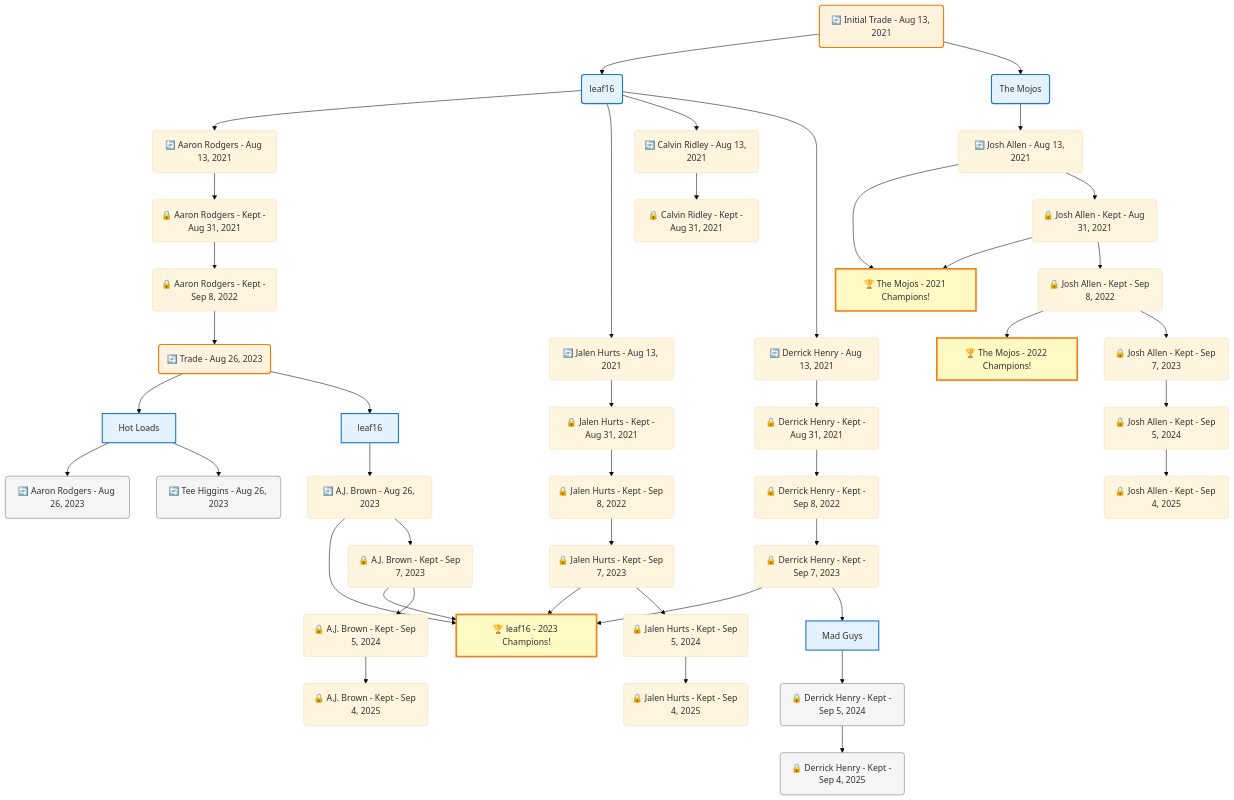
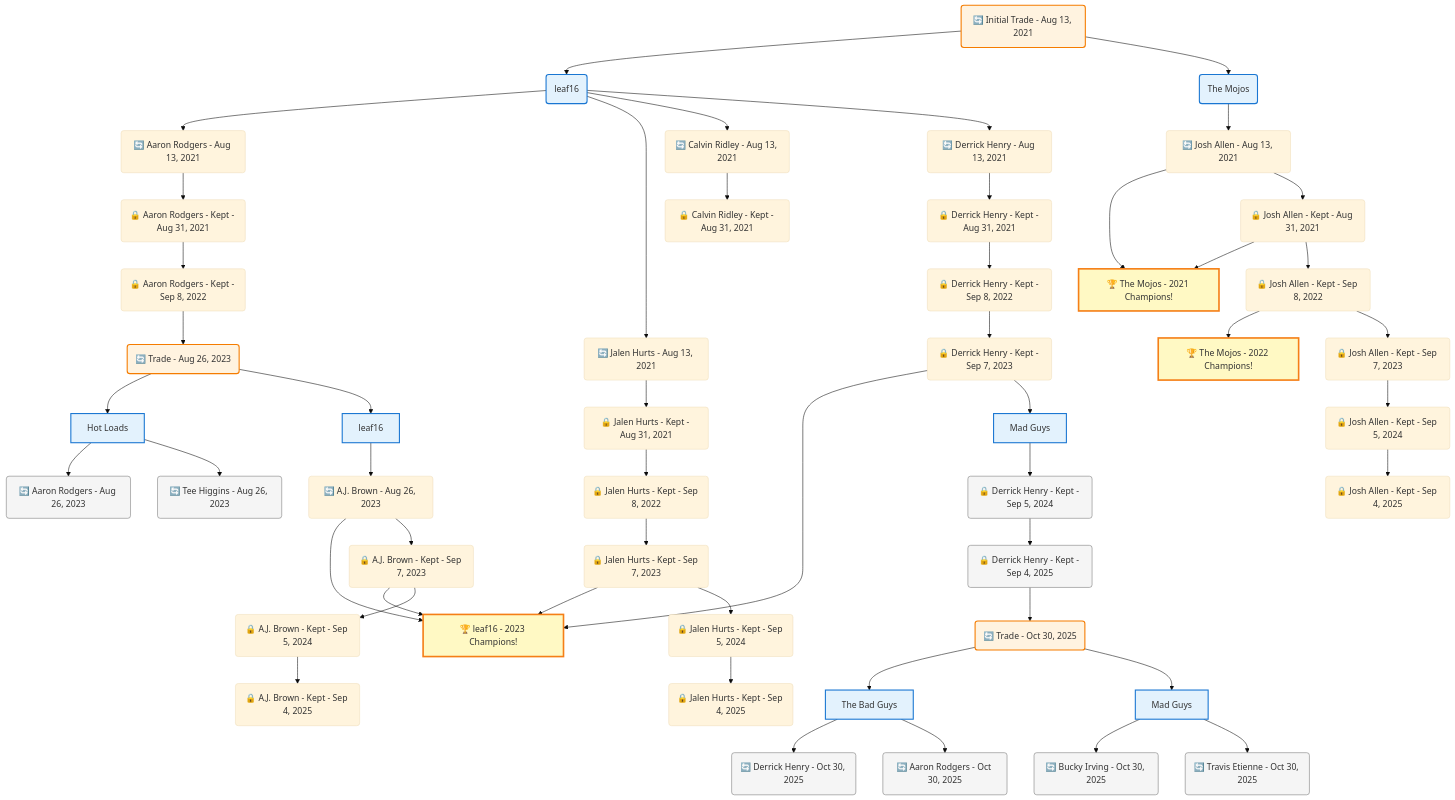
One commit to bsnooks/FantasyArchive changed the diagram in frontend/public/data/trade-trees/mermaid/e4fccfb4-45d7-4b39-b3fa-3c821d621471.mmd. Above: the diagram before and after it, drawn with Mermaid (base theme). The commit also changed 332 other files, not shown here.

```diff
--- a/frontend/public/data/trade-trees/mermaid/e4fccfb4-45d7-4b39-b3fa-3c821d621471.mmd
+++ b/frontend/public/data/trade-trees/mermaid/e4fccfb4-45d7-4b39-b3fa-3c821d621471.mmd
@@ -1,98 +1,112 @@
 flowchart TD
 
     TRADE_MAIN("🔄 Initial Trade - Aug 13, 2021")
     TEAM_1("leaf16")
     TEAM_2("The Mojos")
     NODE_6bb3e177-7ff8-41ea-acd8-56f4f56e1b25("🔄 Aaron Rodgers - Aug 13, 2021")
     NODE_2592a7f6-b7c4-43d1-86ca-1eb32d608bd8("🔒 Aaron Rodgers - Kept - Aug 31, 2021")
     NODE_c256d2ac-c3c7-4985-8ee0-e17c50793281("🔒 Aaron Rodgers - Kept - Sep 8, 2022")
     TRADE_1e0f92f5-f740-452e-960a-a92c22afa115_3("🔄 Trade - Aug 26, 2023")
     TEAM_8e9f18ff-62c3-40e8-bb10-32f74cf4ee33_4["Hot Loads"]
     NODE_8aa48c5d-0248-4f37-b939-44a21820aa03("🔄 Aaron Rodgers - Aug 26, 2023")
     NODE_e0000e36-700d-493f-b3eb-b050938564e6("🔄 Tee Higgins - Aug 26, 2023")
     TEAM_66fb98f4-89a7-45f9-893a-b41d71e6249d_5["leaf16"]
     NODE_d94a3670-dfbf-4c37-91c1-d9776711e83b("🔄 A.J. Brown - Aug 26, 2023")
     CHAMP_66fb98f4-89a7-45f9-893a-b41d71e6249d_2023["🏆 leaf16 - 2023 Champions!"]
     NODE_66ce661e-c7b3-47f3-b522-24e21946dbba("🔒 A.J. Brown - Kept - Sep 7, 2023")
     NODE_5c3d7ce1-e559-4d1e-8be6-e87ae55e700a("🔒 A.J. Brown - Kept - Sep 5, 2024")
     NODE_4ef850b8-3c4e-4c1b-8425-0f82d155195f("🔒 A.J. Brown - Kept - Sep 4, 2025")
     NODE_5e353109-3472-43ef-a0e0-668c3c5fc77f("🔄 Jalen Hurts - Aug 13, 2021")
     NODE_36c720dc-547d-4abb-9f99-a771c77a73dd("🔒 Jalen Hurts - Kept - Aug 31, 2021")
     NODE_24ecc5d2-74ae-4ca9-bb7d-bdf761878425("🔒 Jalen Hurts - Kept - Sep 8, 2022")
     NODE_eb4cc777-9000-4a04-8704-087a8e0257c3("🔒 Jalen Hurts - Kept - Sep 7, 2023")
     NODE_a9555c0e-246a-4add-b8a5-2e7de4c6cb0d("🔒 Jalen Hurts - Kept - Sep 5, 2024")
     NODE_bc3b5963-81ee-4992-bdd9-4acbbed351b5("🔒 Jalen Hurts - Kept - Sep 4, 2025")
     NODE_ef11cc07-e07a-4645-bf87-834813f2a0d8("🔄 Calvin Ridley - Aug 13, 2021")
     NODE_ac8f9add-a36c-4110-9ea1-a7dacf1d1be6("🔒 Calvin Ridley - Kept - Aug 31, 2021")
     NODE_3a3f7e20-ef59-4dec-a510-94df4939aa24("🔄 Derrick Henry - Aug 13, 2021")
     NODE_317c8f77-cf03-4499-bfbb-02de7818d3b5("🔒 Derrick Henry - Kept - Aug 31, 2021")
     NODE_31050d86-077a-41fa-8b77-8694db0ca2b8("🔒 Derrick Henry - Kept - Sep 8, 2022")
     NODE_46a9a9f6-7649-4a40-a70d-ffe735dbe5b7("🔒 Derrick Henry - Kept - Sep 7, 2023")
     TEAM_f5908944-6efd-40eb-af54-6c53004e0e2f_6["Mad Guys"]
     NODE_b78b4765-cfe3-4682-a60a-e86c37e169f1("🔒 Derrick Henry - Kept - Sep 5, 2024")
     NODE_3ba3844a-ff1f-40f3-a19f-3bc002554983("🔒 Derrick Henry - Kept - Sep 4, 2025")
+    TRADE_6357d259-6b78-476f-9730-c9662978cddf_7("🔄 Trade - Oct 30, 2025")
+    TEAM_b2220d1a-ff75-4622-9757-09978901110f_8["The Bad Guys"]
+    NODE_eca7bd38-2329-429d-97d1-2c24aacabfe0("🔄 Derrick Henry - Oct 30, 2025")
+    NODE_19cd921e-a521-417d-a516-7cdb54f06d72("🔄 Aaron Rodgers - Oct 30, 2025")
+    TEAM_f5908944-6efd-40eb-af54-6c53004e0e2f_9["Mad Guys"]
+    NODE_5df6230a-58cd-448c-8d63-7bd346ff8b3b("🔄 Bucky Irving - Oct 30, 2025")
+    NODE_18086b12-eb9e-4c13-bef3-8dbe0c3e930f("🔄 Travis Etienne - Oct 30, 2025")
     NODE_2ad2f5a6-4438-4752-a150-99aee3abd7df("🔄 Josh Allen - Aug 13, 2021")
     CHAMP_bbe2d0ad-54cf-4c22-be82-b2a5f262a157_2021["🏆 The Mojos - 2021 Champions!"]
     NODE_eca05795-b8d2-465c-87ea-a29786bb0bf9("🔒 Josh Allen - Kept - Aug 31, 2021")
     NODE_84f20f1f-2812-482e-a17f-97b722b99b57("🔒 Josh Allen - Kept - Sep 8, 2022")
     CHAMP_bbe2d0ad-54cf-4c22-be82-b2a5f262a157_2022["🏆 The Mojos - 2022 Champions!"]
     NODE_d0ed6e4c-f454-4dfe-9a4e-7852bfb57ba7("🔒 Josh Allen - Kept - Sep 7, 2023")
     NODE_057e3440-0fad-4b3d-96b5-0f3a913430de("🔒 Josh Allen - Kept - Sep 5, 2024")
     NODE_32d3cfae-11dc-4199-9224-07c7085b4f01("🔒 Josh Allen - Kept - Sep 4, 2025")
 
     TRADE_MAIN --> TEAM_1
     TRADE_MAIN --> TEAM_2
     TEAM_1 --> NODE_6bb3e177-7ff8-41ea-acd8-56f4f56e1b25
     NODE_6bb3e177-7ff8-41ea-acd8-56f4f56e1b25 --> NODE_2592a7f6-b7c4-43d1-86ca-1eb32d608bd8
     NODE_2592a7f6-b7c4-43d1-86ca-1eb32d608bd8 --> NODE_c256d2ac-c3c7-4985-8ee0-e17c50793281
     NODE_c256d2ac-c3c7-4985-8ee0-e17c50793281 --> TRADE_1e0f92f5-f740-452e-960a-a92c22afa115_3
     TRADE_1e0f92f5-f740-452e-960a-a92c22afa115_3 --> TEAM_8e9f18ff-62c3-40e8-bb10-32f74cf4ee33_4
     TEAM_8e9f18ff-62c3-40e8-bb10-32f74cf4ee33_4 --> NODE_8aa48c5d-0248-4f37-b939-44a21820aa03
     TEAM_8e9f18ff-62c3-40e8-bb10-32f74cf4ee33_4 --> NODE_e0000e36-700d-493f-b3eb-b050938564e6
     TRADE_1e0f92f5-f740-452e-960a-a92c22afa115_3 --> TEAM_66fb98f4-89a7-45f9-893a-b41d71e6249d_5
     TEAM_66fb98f4-89a7-45f9-893a-b41d71e6249d_5 --> NODE_d94a3670-dfbf-4c37-91c1-d9776711e83b
     NODE_d94a3670-dfbf-4c37-91c1-d9776711e83b --> CHAMP_66fb98f4-89a7-45f9-893a-b41d71e6249d_2023
     NODE_d94a3670-dfbf-4c37-91c1-d9776711e83b --> NODE_66ce661e-c7b3-47f3-b522-24e21946dbba
     NODE_66ce661e-c7b3-47f3-b522-24e21946dbba --> CHAMP_66fb98f4-89a7-45f9-893a-b41d71e6249d_2023
     NODE_66ce661e-c7b3-47f3-b522-24e21946dbba --> NODE_5c3d7ce1-e559-4d1e-8be6-e87ae55e700a
     NODE_5c3d7ce1-e559-4d1e-8be6-e87ae55e700a --> NODE_4ef850b8-3c4e-4c1b-8425-0f82d155195f
     TEAM_1 --> NODE_5e353109-3472-43ef-a0e0-668c3c5fc77f
     NODE_5e353109-3472-43ef-a0e0-668c3c5fc77f --> NODE_36c720dc-547d-4abb-9f99-a771c77a73dd
     NODE_36c720dc-547d-4abb-9f99-a771c77a73dd --> NODE_24ecc5d2-74ae-4ca9-bb7d-bdf761878425
     NODE_24ecc5d2-74ae-4ca9-bb7d-bdf761878425 --> NODE_eb4cc777-9000-4a04-8704-087a8e0257c3
     NODE_eb4cc777-9000-4a04-8704-087a8e0257c3 --> CHAMP_66fb98f4-89a7-45f9-893a-b41d71e6249d_2023
     NODE_eb4cc777-9000-4a04-8704-087a8e0257c3 --> NODE_a9555c0e-246a-4add-b8a5-2e7de4c6cb0d
     NODE_a9555c0e-246a-4add-b8a5-2e7de4c6cb0d --> NODE_bc3b5963-81ee-4992-bdd9-4acbbed351b5
     TEAM_1 --> NODE_ef11cc07-e07a-4645-bf87-834813f2a0d8
     NODE_ef11cc07-e07a-4645-bf87-834813f2a0d8 --> NODE_ac8f9add-a36c-4110-9ea1-a7dacf1d1be6
     TEAM_1 --> NODE_3a3f7e20-ef59-4dec-a510-94df4939aa24
     NODE_3a3f7e20-ef59-4dec-a510-94df4939aa24 --> NODE_317c8f77-cf03-4499-bfbb-02de7818d3b5
     NODE_317c8f77-cf03-4499-bfbb-02de7818d3b5 --> NODE_31050d86-077a-41fa-8b77-8694db0ca2b8
     NODE_31050d86-077a-41fa-8b77-8694db0ca2b8 --> NODE_46a9a9f6-7649-4a40-a70d-ffe735dbe5b7
     NODE_46a9a9f6-7649-4a40-a70d-ffe735dbe5b7 --> CHAMP_66fb98f4-89a7-45f9-893a-b41d71e6249d_2023
     NODE_46a9a9f6-7649-4a40-a70d-ffe735dbe5b7 --> TEAM_f5908944-6efd-40eb-af54-6c53004e0e2f_6
     TEAM_f5908944-6efd-40eb-af54-6c53004e0e2f_6 --> NODE_b78b4765-cfe3-4682-a60a-e86c37e169f1
     NODE_b78b4765-cfe3-4682-a60a-e86c37e169f1 --> NODE_3ba3844a-ff1f-40f3-a19f-3bc002554983
+    NODE_3ba3844a-ff1f-40f3-a19f-3bc002554983 --> TRADE_6357d259-6b78-476f-9730-c9662978cddf_7
+    TRADE_6357d259-6b78-476f-9730-c9662978cddf_7 --> TEAM_b2220d1a-ff75-4622-9757-09978901110f_8
+    TEAM_b2220d1a-ff75-4622-9757-09978901110f_8 --> NODE_eca7bd38-2329-429d-97d1-2c24aacabfe0
+    TEAM_b2220d1a-ff75-4622-9757-09978901110f_8 --> NODE_19cd921e-a521-417d-a516-7cdb54f06d72
+    TRADE_6357d259-6b78-476f-9730-c9662978cddf_7 --> TEAM_f5908944-6efd-40eb-af54-6c53004e0e2f_9
+    TEAM_f5908944-6efd-40eb-af54-6c53004e0e2f_9 --> NODE_5df6230a-58cd-448c-8d63-7bd346ff8b3b
+    TEAM_f5908944-6efd-40eb-af54-6c53004e0e2f_9 --> NODE_18086b12-eb9e-4c13-bef3-8dbe0c3e930f
     TEAM_2 --> NODE_2ad2f5a6-4438-4752-a150-99aee3abd7df
     NODE_2ad2f5a6-4438-4752-a150-99aee3abd7df --> CHAMP_bbe2d0ad-54cf-4c22-be82-b2a5f262a157_2021
     NODE_2ad2f5a6-4438-4752-a150-99aee3abd7df --> NODE_eca05795-b8d2-465c-87ea-a29786bb0bf9
     NODE_eca05795-b8d2-465c-87ea-a29786bb0bf9 --> CHAMP_bbe2d0ad-54cf-4c22-be82-b2a5f262a157_2021
     NODE_eca05795-b8d2-465c-87ea-a29786bb0bf9 --> NODE_84f20f1f-2812-482e-a17f-97b722b99b57
     NODE_84f20f1f-2812-482e-a17f-97b722b99b57 --> CHAMP_bbe2d0ad-54cf-4c22-be82-b2a5f262a157_2022
     NODE_84f20f1f-2812-482e-a17f-97b722b99b57 --> NODE_d0ed6e4c-f454-4dfe-9a4e-7852bfb57ba7
     NODE_d0ed6e4c-f454-4dfe-9a4e-7852bfb57ba7 --> NODE_057e3440-0fad-4b3d-96b5-0f3a913430de
     NODE_057e3440-0fad-4b3d-96b5-0f3a913430de --> NODE_32d3cfae-11dc-4199-9224-07c7085b4f01
 
     %% Node styling
     classDef teamNode fill:#e3f2fd,stroke:#1976d2,stroke-width:2px
     classDef tradeNode fill:#fff3e0,stroke:#f57c00,stroke-width:2px
     classDef playerNode fill:#f3e5f5,stroke:#7b1fa2,stroke-width:1px
     classDef nonRootPlayerNode fill:#f5f5f5,stroke:#757575,stroke-width:1px
     classDef endNode fill:#ffebee,stroke:#c62828,stroke-width:2px
     classDef waiverNode fill:#e8f5e8,stroke:#388e3c,stroke-width:2px
     classDef championshipNode fill:#fff9c4,stroke:#f57f17,stroke-width:3px
 
-    class TEAM_1,TEAM_2,TEAM_8e9f18ff-62c3-40e8-bb10-32f74cf4ee33_4,TEAM_66fb98f4-89a7-45f9-893a-b41d71e6249d_5,TEAM_f5908944-6efd-40eb-af54-6c53004e0e2f_6 teamNode
+    class TEAM_1,TEAM_2,TEAM_8e9f18ff-62c3-40e8-bb10-32f74cf4ee33_4,TEAM_66fb98f4-89a7-45f9-893a-b41d71e6249d_5,TEAM_f5908944-6efd-40eb-af54-6c53004e0e2f_6,TEAM_b2220d1a-ff75-4622-9757-09978901110f_8,TEAM_f5908944-6efd-40eb-af54-6c53004e0e2f_9 teamNode
     class CHAMP_66fb98f4-89a7-45f9-893a-b41d71e6249d_2023,CHAMP_bbe2d0ad-54cf-4c22-be82-b2a5f262a157_2021,CHAMP_bbe2d0ad-54cf-4c22-be82-b2a5f262a157_2022 championshipNode
-    class NODE_8aa48c5d-0248-4f37-b939-44a21820aa03,NODE_e0000e36-700d-493f-b3eb-b050938564e6,NODE_b78b4765-cfe3-4682-a60a-e86c37e169f1,NODE_3ba3844a-ff1f-40f3-a19f-3bc002554983 nonRootPlayerNode
-    class TRADE_MAIN,TRADE_1e0f92f5-f740-452e-960a-a92c22afa115_3 tradeNode
+    class NODE_8aa48c5d-0248-4f37-b939-44a21820aa03,NODE_e0000e36-700d-493f-b3eb-b050938564e6,NODE_b78b4765-cfe3-4682-a60a-e86c37e169f1,NODE_3ba3844a-ff1f-40f3-a19f-3bc002554983,NODE_eca7bd38-2329-429d-97d1-2c24aacabfe0,NODE_19cd921e-a521-417d-a516-7cdb54f06d72,NODE_5df6230a-58cd-448c-8d63-7bd346ff8b3b,NODE_18086b12-eb9e-4c13-bef3-8dbe0c3e930f nonRootPlayerNode
+    class TRADE_MAIN,TRADE_1e0f92f5-f740-452e-960a-a92c22afa115_3,TRADE_6357d259-6b78-476f-9730-c9662978cddf_7 tradeNode
```
